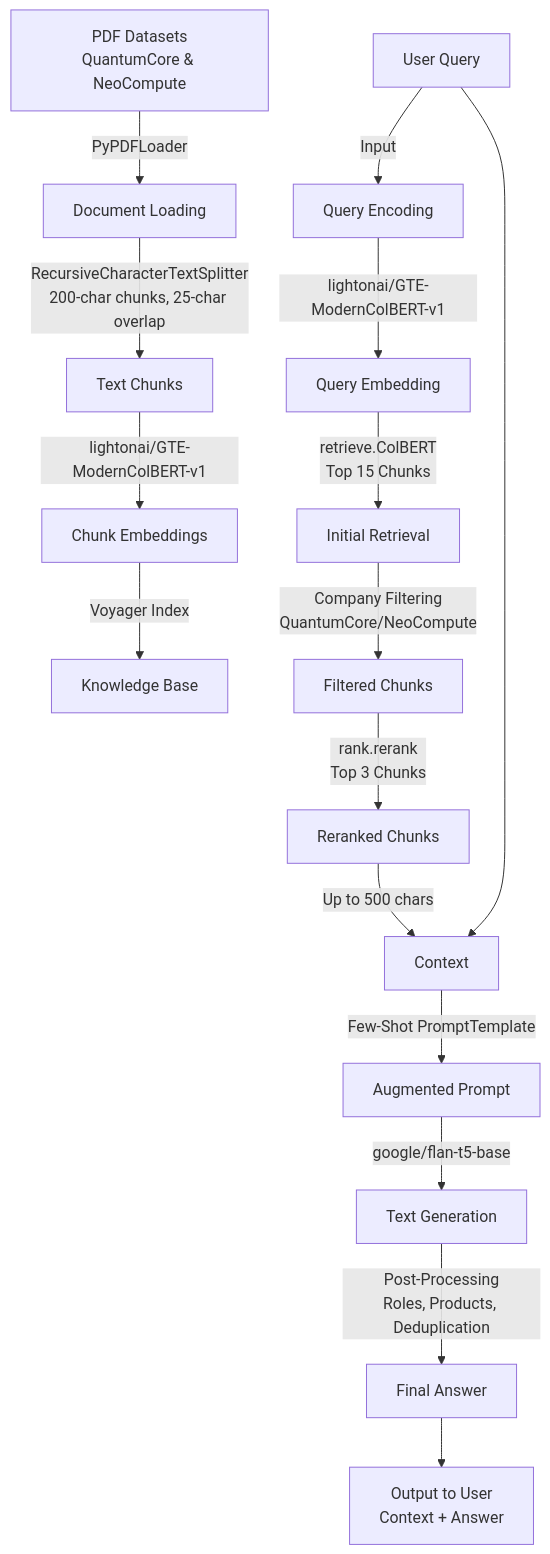
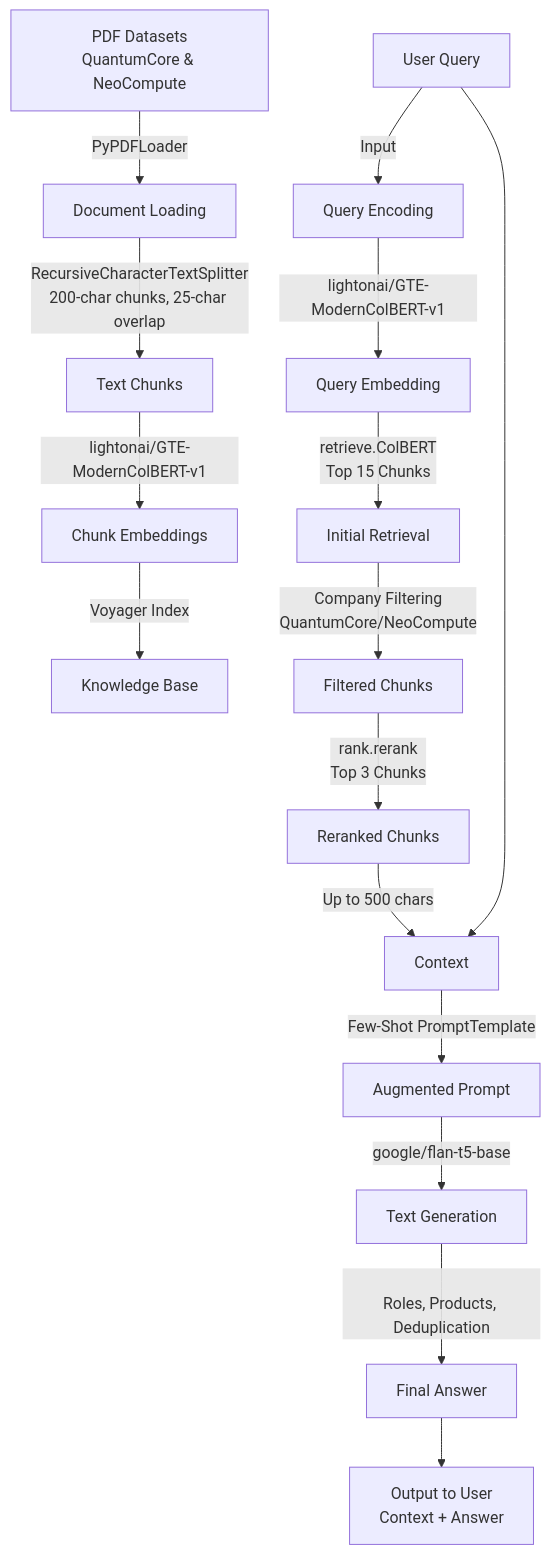
One commit to omuratgultekin/homework changed the diagram in README.MD. Above: the diagram before and after it, drawn with Mermaid.

````diff
--- a/README.MD
+++ b/README.MD
@@ -31,23 +31,24 @@
 ```mermaid
 graph TD
     A[User Query] -->|Input| B[Query Encoding]
     B -->|lightonai/GTE-ModernColBERT-v1| C[Query Embedding]
     
     D[PDF Datasets<br>QuantumCore & NeoCompute] -->|PyPDFLoader| E[Document Loading]
     E -->|RecursiveCharacterTextSplitter<br>200-char chunks, 25-char overlap| F[Text Chunks]
     F -->|lightonai/GTE-ModernColBERT-v1| G[Chunk Embeddings]
     G -->|Voyager Index| H[Knowledge Base]
     
     C -->|retrieve.ColBERT<br>Top 15 Chunks| I[Initial Retrieval]
     I -->|Company Filtering<br>QuantumCore/NeoCompute| J[Filtered Chunks]
     J -->|rank.rerank<br>Top 3 Chunks| K[Reranked Chunks]
     
     K -->|Up to 500 chars| L[Context]
     A --> L
     L -->|Few-Shot PromptTemplate| M[Augmented Prompt]
     
     M -->|google/flan-t5-base| N[Text Generation]
-    N -->|Post-Processing<br>Roles, Products, Deduplication| O[Final Answer]
+    N -->|<br>Roles, Products, Deduplication| O[Final Answer]
     
     O --> P[Output to User<br>Context + Answer]
+
 ```
````
